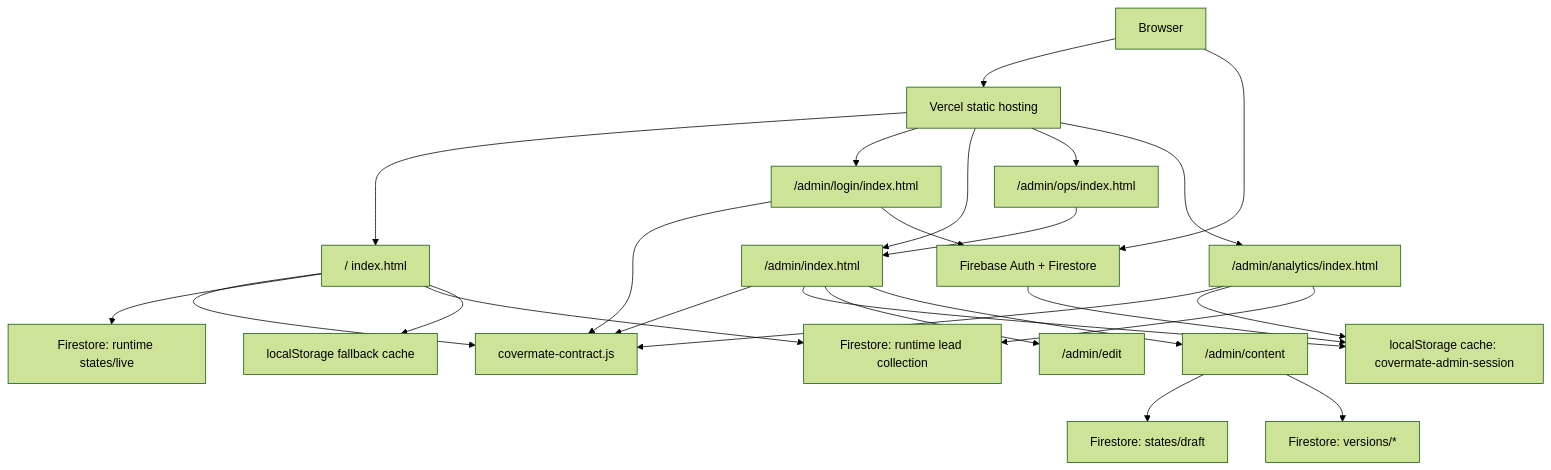
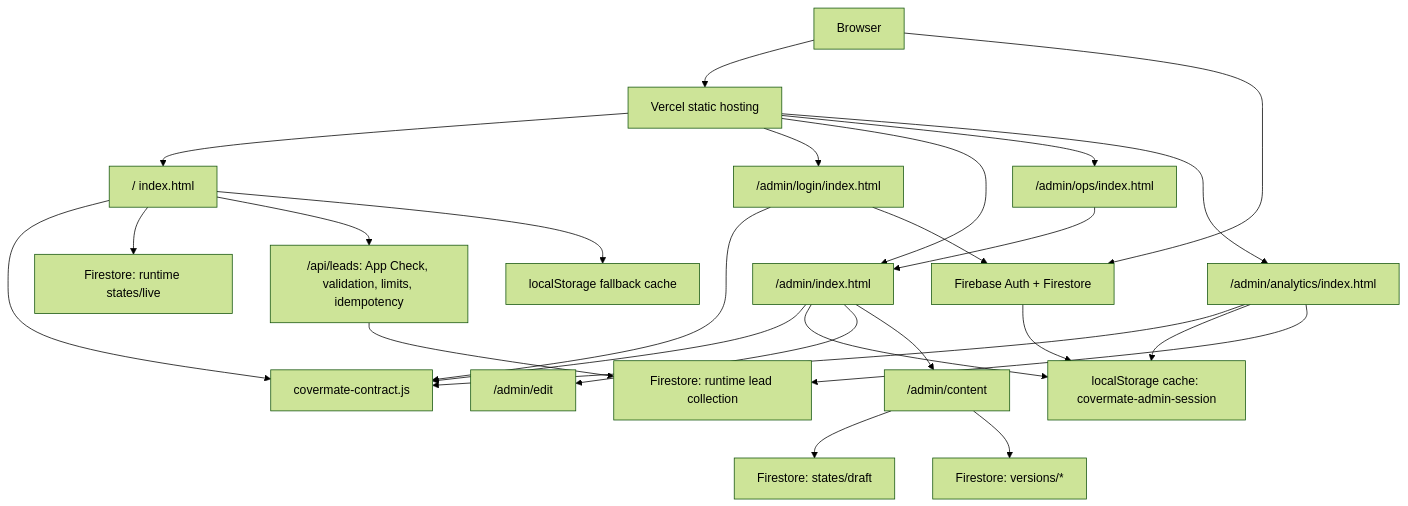
The diagram in docs/ARCHITECTURE.md (purichw/CoverMate), drawn with Mermaid (forest theme) before and after one commit. The commit also changed other lines of this file and 62 other files, not shown here.

````diff
--- a/docs/ARCHITECTURE.md
+++ b/docs/ARCHITECTURE.md
@@ -22,27 +22,28 @@
 ```mermaid
 flowchart TD
   Browser["Browser"] --> Vercel["Vercel static hosting"]
   Vercel --> Public["/ index.html"]
   Vercel --> Login["/admin/login/index.html"]
   Vercel --> Launcher["/admin/index.html"]
   Vercel --> OpsShim["/admin/ops/index.html"]
   Vercel --> Analytics["/admin/analytics/index.html"]
   OpsShim --> Launcher
   Browser --> Firebase["Firebase Auth + Firestore"]
   Public --> Contract["covermate-contract.js"]
   Login --> Contract
   Launcher --> Contract
   Analytics --> Contract
   Public --> Live["Firestore: runtime states/live"]
-  Public --> Leads["Firestore: runtime lead collection"]
+  Public --> LeadAPI["/api/leads: App Check, validation, limits, idempotency"]
+  LeadAPI --> Leads["Firestore: runtime lead collection"]
   Public --> Store["localStorage fallback cache"]
   PublicAdmin --> Draft["Firestore: states/draft"]
   PublicAdmin --> Versions["Firestore: versions/*"]
   Login --> Firebase
   Firebase --> Session["localStorage cache: covermate-admin-session"]
   Launcher --> Session
   Analytics --> Session
   Analytics --> Leads
   Launcher --> PublicEdit["/admin/edit"]
   Launcher --> PublicAdmin["/admin/content"]
 ```
````
